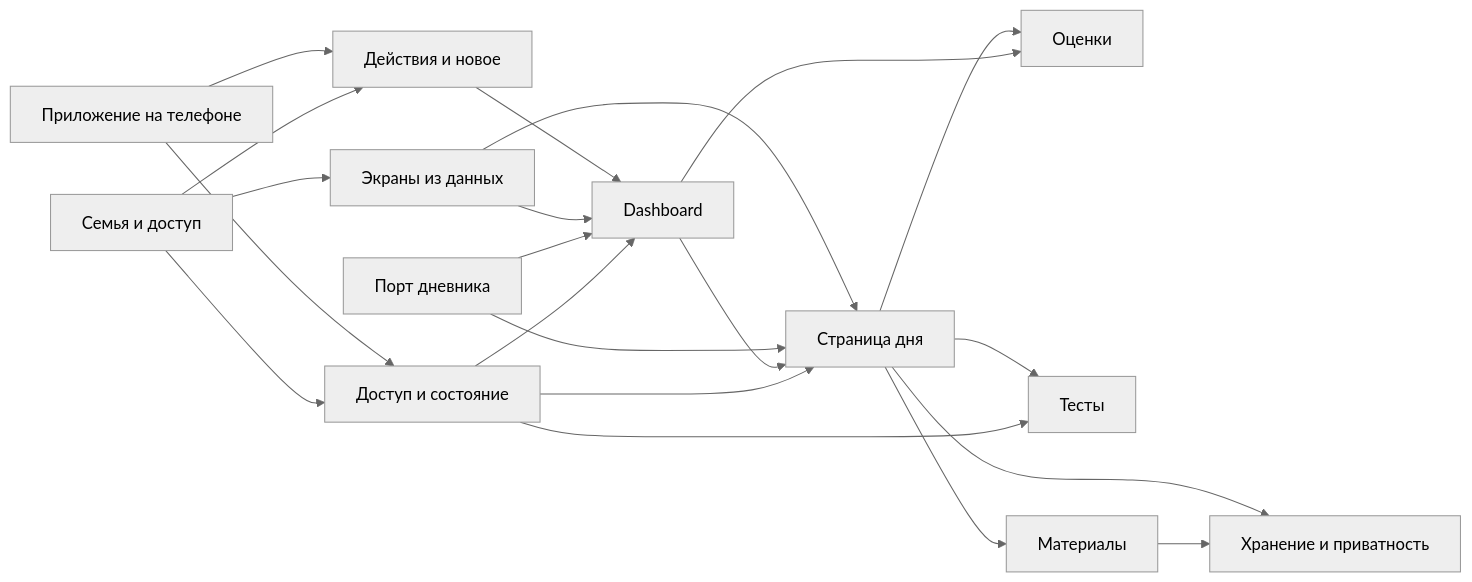
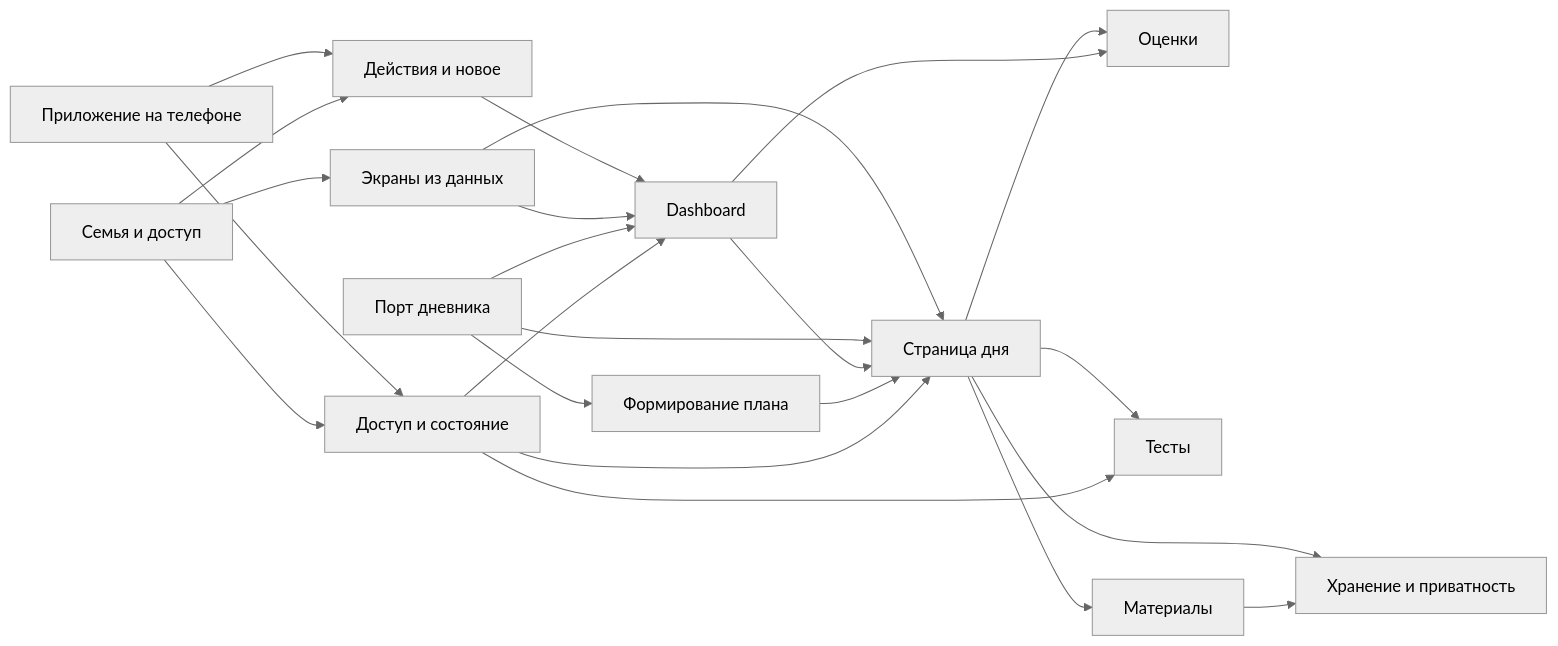
One commit to RubaXa/education-quizzes changed the diagram in docs/product/README.md. Above: the diagram before and after it, drawn with Mermaid (neutral theme). The commit also changed other lines of this file and 11 other files, not shown here.

````diff
--- a/docs/product/README.md
+++ b/docs/product/README.md
@@ -5,23 +5,25 @@
 ```mermaid
 flowchart LR
   Access[Доступ и состояние] --> Day[Страница дня]
+  Plan[Формирование плана] --> Day
+  Diary[Порт дневника] --> Plan
   Access --> Dashboard[Dashboard]
   Dashboard --> Day
   Dashboard --> Grades[Оценки]
   Access --> Quiz[Тесты]
   Day --> Quiz
   Day --> Materials[Материалы]
   Day --> Grades[Оценки]
   Materials --> Storage[Хранение и приватность]
   Day --> Storage
   Diary[Порт дневника] --> Day
   Diary --> Dashboard
   Family[Семья и доступ] --> Access
   Family --> UI[Экраны из данных]
   Family --> Activity[Действия и новое]
   UI --> Dashboard
   UI --> Day
   Activity --> Dashboard
   PWA[Приложение на телефоне] --> Access
   PWA --> Activity
 ```
````
